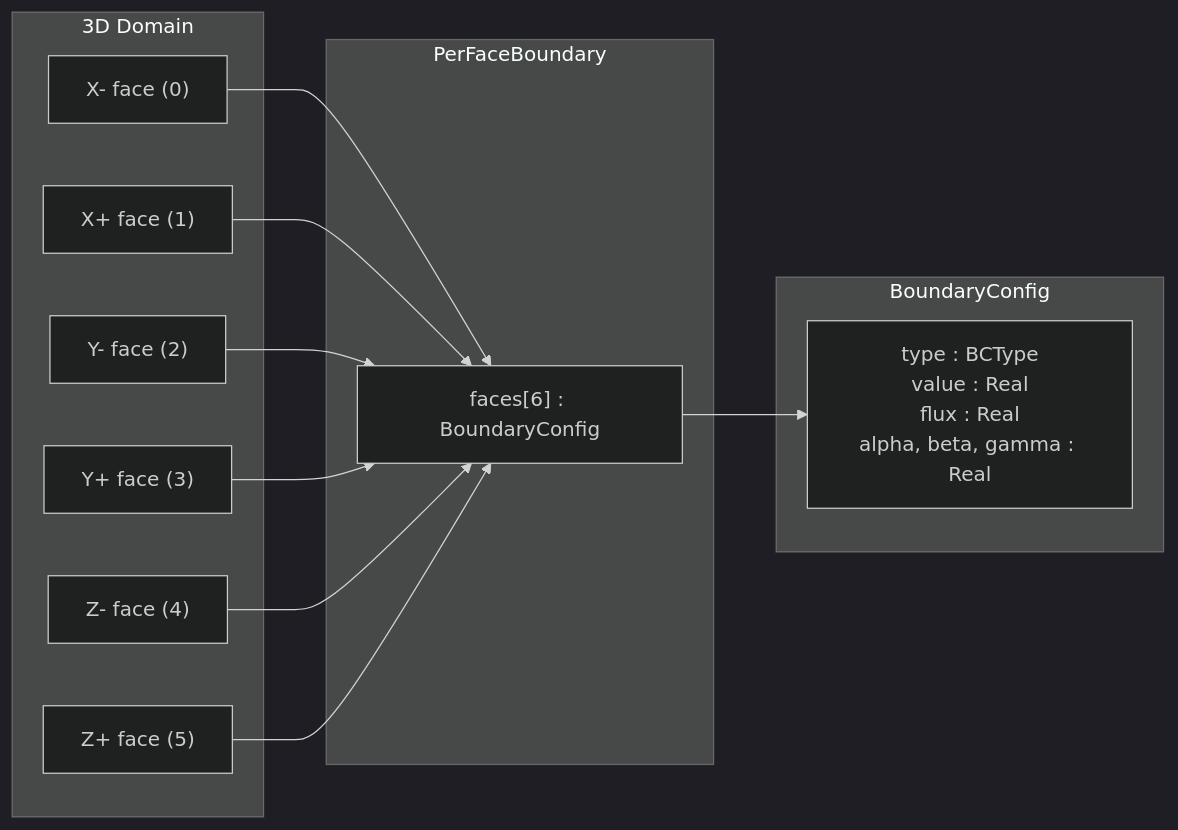
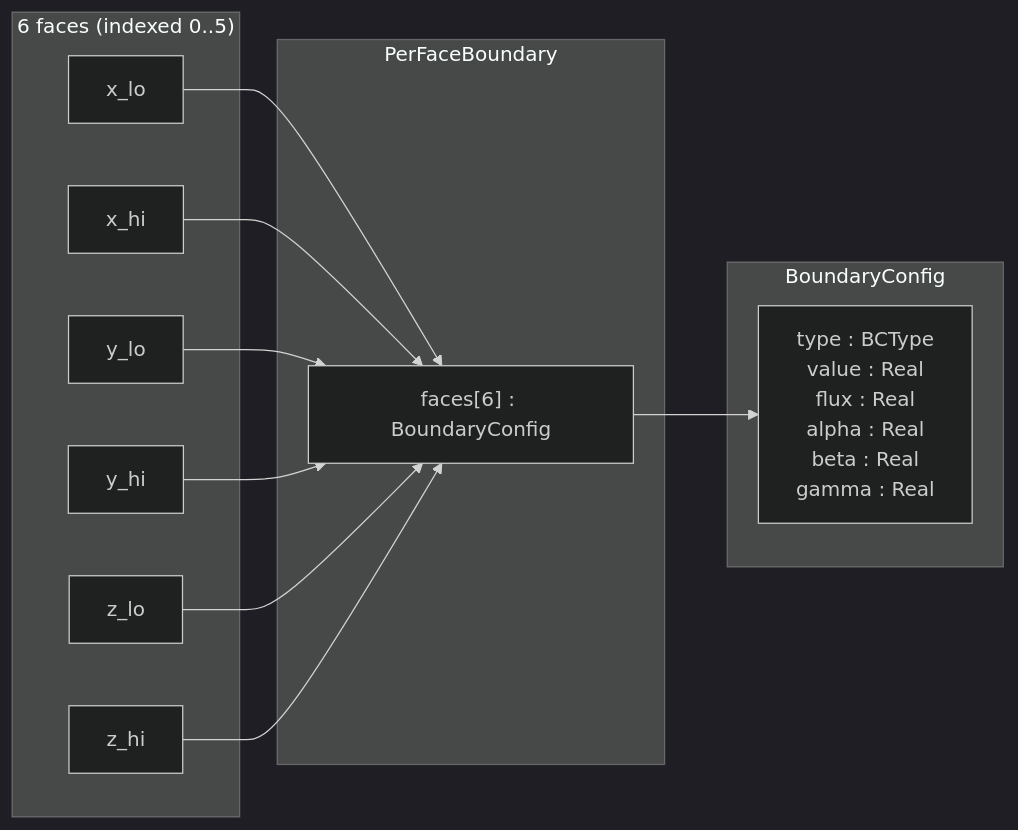
The eighth of 9 diagrams in docs/ARCHITECTURE.md (myousefi2016/Allen-Cahn-CUDA), drawn with Mermaid (dark theme) before and after one commit. The commit also changed other lines of this file and 3 other files, not shown here.

First line of the commit message:
Documentation: rewrite README, ARCHITECTURE, DESIGN, THEORY for full code parity

````diff
--- a/docs/ARCHITECTURE.md
+++ b/docs/ARCHITECTURE.md
@@ -271,27 +368,24 @@
 ```mermaid
 graph LR
-    subgraph "3D Domain"
-        XLo["X- face (0)"]
-        XHi["X+ face (1)"]
-        YLo["Y- face (2)"]
-        YHi["Y+ face (3)"]
-        ZLo["Z- face (4)"]
-        ZHi["Z+ face (5)"]
+    subgraph Faces["6 faces (indexed 0..5)"]
+        XLo["x_lo"]
+        XHi["x_hi"]
+        YLo["y_lo"]
+        YHi["y_hi"]
+        ZLo["z_lo"]
+        ZHi["z_hi"]
     end
-
-    subgraph "PerFaceBoundary"
-        arr["faces[6] : BoundaryConfig"]
+    subgraph PFB["PerFaceBoundary"]
+        F["faces[6] : BoundaryConfig"]
     end
-
-    subgraph "BoundaryConfig"
-        bc["type : BCType<br/>value : Real<br/>flux : Real<br/>alpha, beta, gamma : Real"]
+    subgraph BC["BoundaryConfig"]
+        T["type    : BCType<br/>value   : Real<br/>flux    : Real<br/>alpha   : Real<br/>beta    : Real<br/>gamma   : Real"]
     end
-
-    XLo --> arr
-    XHi --> arr
-    YLo --> arr
-    YHi --> arr
-    ZLo --> arr
-    ZHi --> arr
-    arr --> bc
+    XLo --> F
+    XHi --> F
+    YLo --> F
+    YHi --> F
+    ZLo --> F
+    ZHi --> F
+    F --> T
 ```
````
